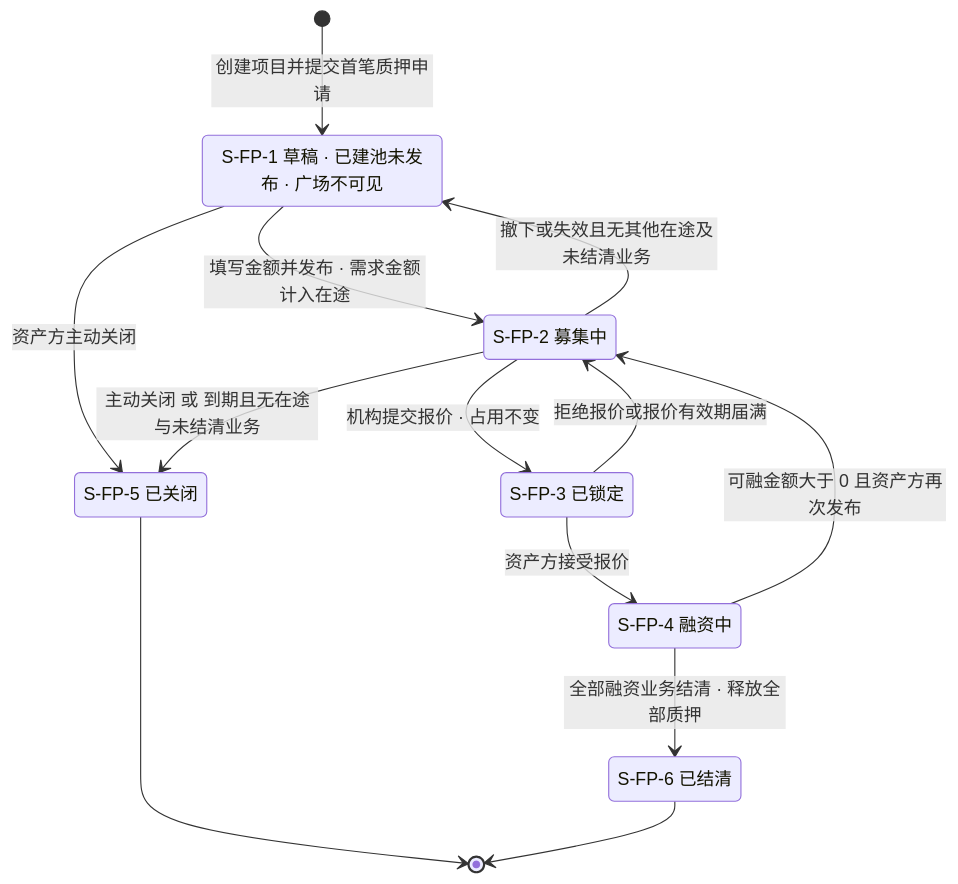
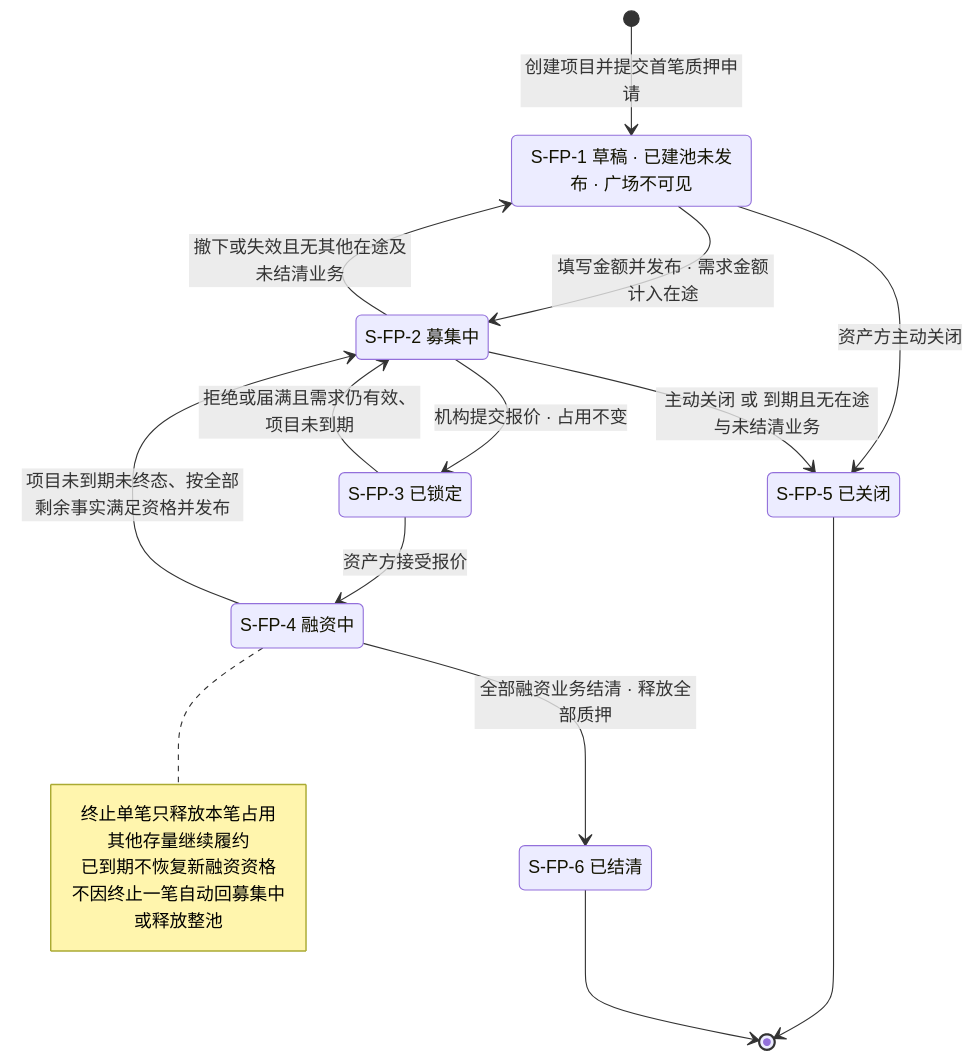
The eighth of 10 diagrams in lending-platform/PRD/v1.0-借贷广场-融资需求与代币质押/v1.0-借贷广场-融资需求与代币质押-流程图与状态机.md (wxblockchain/Chain-Financing), drawn with Mermaid before and after one commit. The commit also changed other lines of this file and 4 other files, not shown here.

````diff
--- a/lending-platform/PRD/v1.0-借贷广场-融资需求与代币质押/v1.0-借贷广场-融资需求与代币质押-流程图与状态机.md
+++ b/lending-platform/PRD/v1.0-借贷广场-融资需求与代币质押/v1.0-借贷广场-融资需求与代币质押-流程图与状态机.md
@@ -206,21 +215,27 @@
 ```mermaid
 stateDiagram-v2
   [*] --> S_FP_1: 创建项目并提交首笔质押申请
   S_FP_1: S-FP-1 草稿 · 已建池未发布 · 广场不可见
   S_FP_2: S-FP-2 募集中
   S_FP_3: S-FP-3 已锁定
   S_FP_4: S-FP-4 融资中
   S_FP_5: S-FP-5 已关闭
   S_FP_6: S-FP-6 已结清
   S_FP_1 --> S_FP_2: 填写金额并发布 · 需求金额计入在途
   S_FP_2 --> S_FP_1: 撤下或失效且无其他在途及未结清业务
   S_FP_2 --> S_FP_3: 机构提交报价 · 占用不变
-  S_FP_3 --> S_FP_2: 拒绝报价或报价有效期届满
+  S_FP_3 --> S_FP_2: 拒绝或届满且需求仍有效、项目未到期
   S_FP_3 --> S_FP_4: 资产方接受报价
-  S_FP_4 --> S_FP_2: 可融金额大于 0 且资产方再次发布
+  S_FP_4 --> S_FP_2: 项目未到期未终态、按全部剩余事实满足资格并发布
   S_FP_4 --> S_FP_6: 全部融资业务结清 · 释放全部质押
   S_FP_1 --> S_FP_5: 资产方主动关闭
   S_FP_2 --> S_FP_5: 主动关闭 或 到期且无在途与未结清业务
+  note right of S_FP_4
+    终止单笔只释放本笔占用
+    其他存量继续履约
+    已到期不恢复新融资资格
+    不因终止一笔自动回募集中或释放整池
+  end note
   S_FP_5 --> [*]
   S_FP_6 --> [*]
 ```
````
